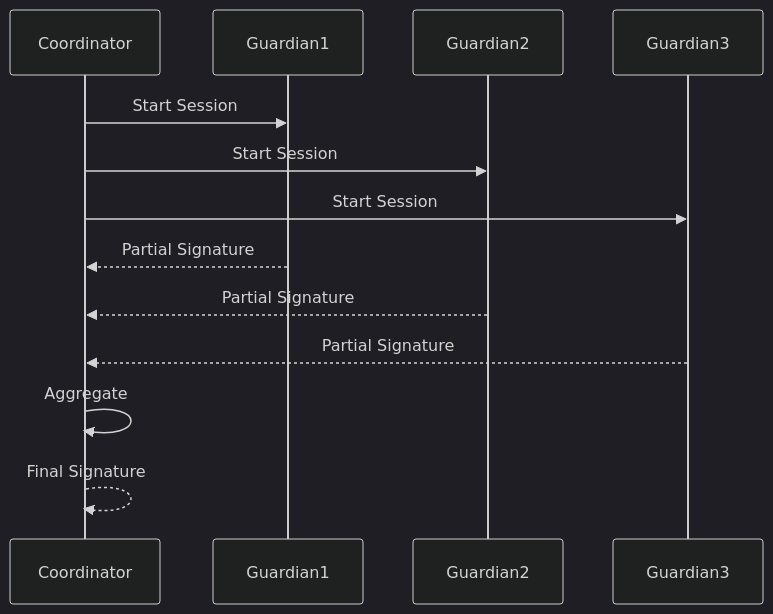
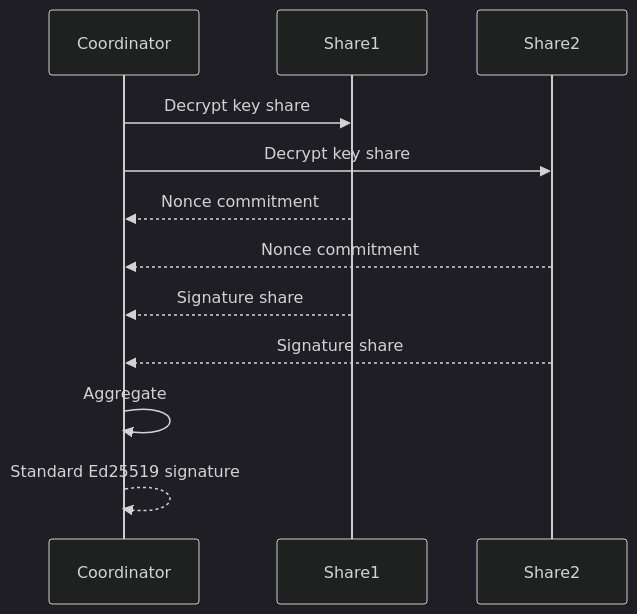
Before and after one commit to rishi-xyz/horcrux: the eighth of 15 diagrams in Architecture.md, drawn with Mermaid (dark theme). The commit also changed other lines of this file and 12 other files, not shown here.

````diff
--- a/Architecture.md
+++ b/Architecture.md
@@ -1013,22 +726,16 @@
 ```mermaid
 sequenceDiagram
 
 participant Coordinator
-participant Guardian1
-participant Guardian2
-participant Guardian3
+participant Share1
+participant Share2
 
-Coordinator->>Guardian1: Start Session
-Coordinator->>Guardian2: Start Session
-Coordinator->>Guardian3: Start Session
-
-Guardian1-->>Coordinator: Partial Signature
-
-Guardian2-->>Coordinator: Partial Signature
-
-Guardian3-->>Coordinator: Partial Signature
-
+Coordinator->>Share1: Decrypt key share
+Coordinator->>Share2: Decrypt key share
+Share1-->>Coordinator: Nonce commitment
+Share2-->>Coordinator: Nonce commitment
+Share1-->>Coordinator: Signature share
+Share2-->>Coordinator: Signature share
 Coordinator->>Coordinator: Aggregate
-
-Coordinator-->>Coordinator: Final Signature
+Coordinator-->>Coordinator: Standard Ed25519 signature
 ```
````
